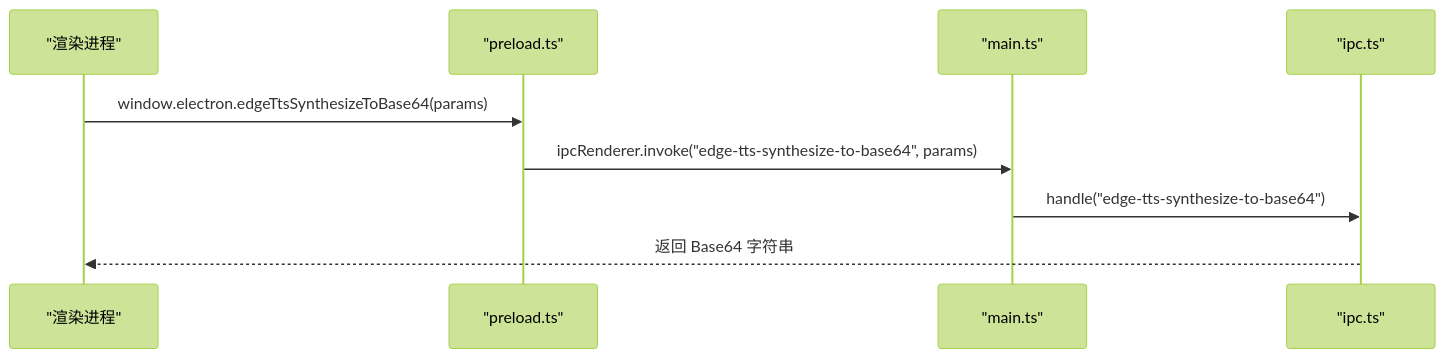
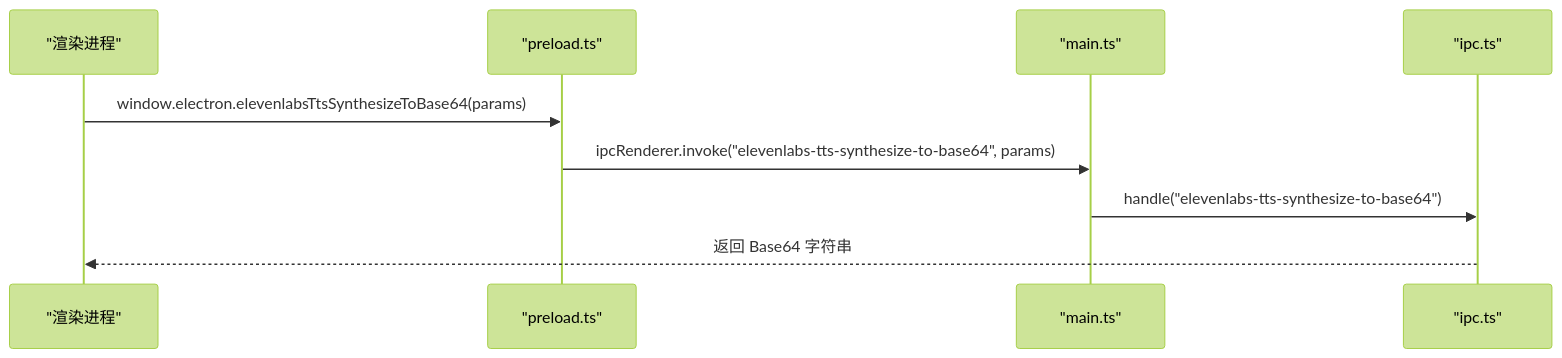
One commit to torans/crow.video changed the fifth of 8 diagrams in .qoder/repowiki/zh/content/核心功能模块/语音合成系统.md. Above: the diagram before and after it, drawn with Mermaid (forest theme). The commit also changed other lines of this file and 35 other files, not shown here.

````diff
--- a/.qoder/repowiki/zh/content/核心功能模块/语音合成系统.md
+++ b/.qoder/repowiki/zh/content/核心功能模块/语音合成系统.md
@@ -221,11 +250,11 @@
 ```mermaid
 sequenceDiagram
 participant Renderer as "渲染进程"
 participant Preload as "preload.ts"
 participant Main as "main.ts"
 participant IPC as "ipc.ts"
-Renderer->>Preload : window.electron.edgeTtsSynthesizeToBase64(params)
-Preload->>Main : ipcRenderer.invoke("edge-tts-synthesize-to-base64", params)
-Main->>IPC : handle("edge-tts-synthesize-to-base64")
+Renderer->>Preload : window.electron.elevenlabsTtsSynthesizeToBase64(params)
+Preload->>Main : ipcRenderer.invoke("elevenlabs-tts-synthesize-to-base64", params)
+Main->>IPC : handle("elevenlabs-tts-synthesize-to-base64")
 IPC-->>Renderer : 返回 Base64 字符串
 ```
````
